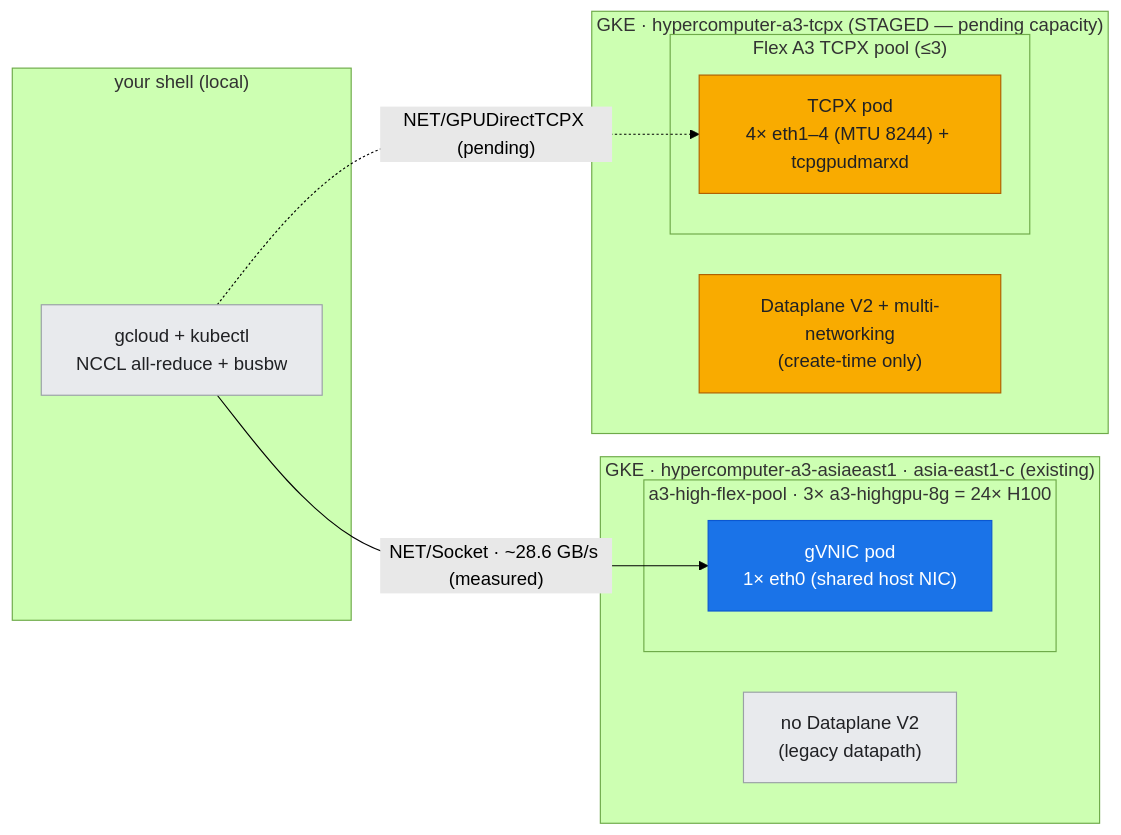
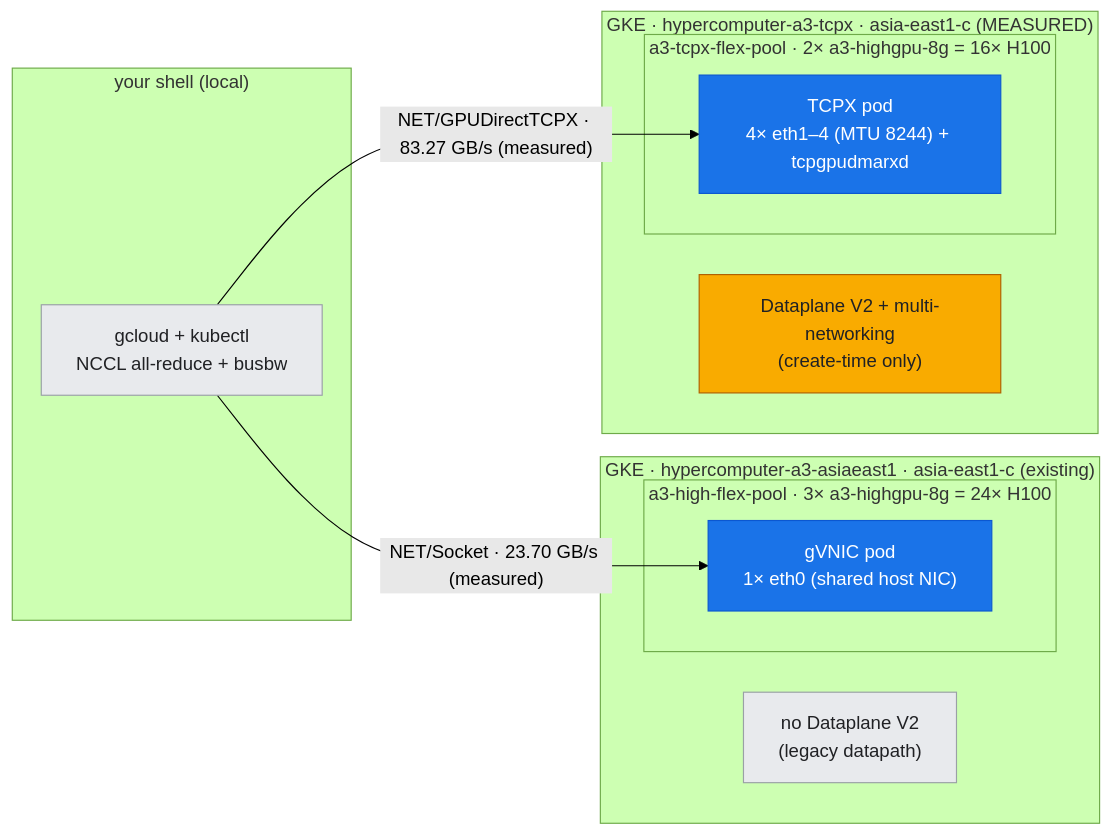
Before and after one commit to elideng-sg/hypercomputer-internode-deepdive: the first of 2 diagrams in labs/lab-18-enable-gpudirect-tcpx/README.md, drawn with Mermaid (forest theme). The commit also changed other lines of this file and 43 other files, not shown here.

First line of the commit message:
lab-18: measure GPUDirect-TCPX live, and correct the guide against it

````diff
--- a/labs/lab-18-enable-gpudirect-tcpx/README.md
+++ b/labs/lab-18-enable-gpudirect-tcpx/README.md
@@ -73,24 +68,24 @@
 ```mermaid
 flowchart LR
   subgraph LOCAL["your shell (local)"]
     CLI["gcloud + kubectl<br/>NCCL all-reduce + busbw"]
   end
   subgraph EXIST["GKE · hypercomputer-a3-asiaeast1 · asia-east1-c (existing)"]
     subgraph POOLE["a3-high-flex-pool · 3× a3-highgpu-8g = 24× H100"]
       NE["gVNIC pod<br/>1× eth0 (shared host NIC)"]
     end
     DPE["no Dataplane V2<br/>(legacy datapath)"]
   end
-  subgraph NEW["GKE · hypercomputer-a3-tcpx (STAGED — pending capacity)"]
-    subgraph POOLN["Flex A3 TCPX pool (≤3)"]
+  subgraph NEW["GKE · hypercomputer-a3-tcpx · asia-east1-c (MEASURED)"]
+    subgraph POOLN["a3-tcpx-flex-pool · 2× a3-highgpu-8g = 16× H100"]
       NN["TCPX pod<br/>4× eth1–4 (MTU 8244) + tcpgpudmarxd"]
     end
     DPN["Dataplane V2 + multi-networking<br/>(create-time only)"]
   end
-  CLI -->|"NET/Socket · ~28.6 GB/s (measured)"| NE
-  CLI -.->|"NET/GPUDirectTCPX (pending)"| NN
+  CLI -->|"NET/Socket · 23.70 GB/s (measured)"| NE
+  CLI -->|"NET/GPUDirectTCPX · 83.27 GB/s (measured)"| NN
   classDef meas fill:#1a73e8,stroke:#0b57d0,color:#ffffff;
   classDef ctx fill:#e8eaed,stroke:#9aa0a6,color:#202124;
   classDef accent fill:#f9ab00,stroke:#b06000,color:#202124;
-  class NE meas; class NN,DPN accent; class CLI,DPE ctx;
+  class NE,NN meas; class DPN accent; class CLI,DPE ctx;
 ```
````
